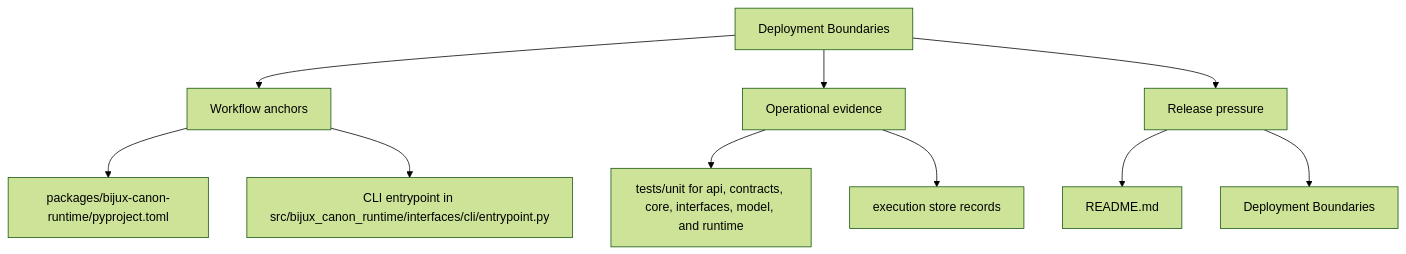
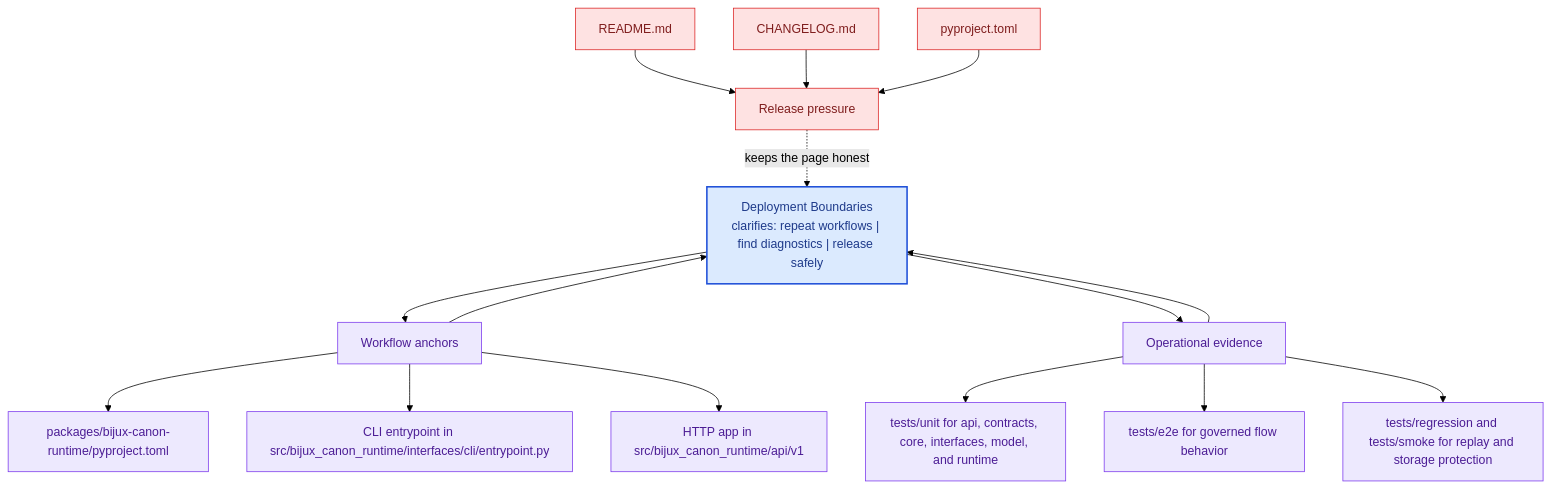
Before and after one commit to bijux/bijux-canon: the second of 2 diagrams in docs/bijux-canon-runtime/operations/deployment-boundaries.md, drawn with Mermaid (forest theme). The commit also changed other lines of this file and 281 other files, not shown here.

Commit message:
docs(diagrams): deepen handbook mermaid maps across the catalog

````diff
--- a/docs/bijux-canon-runtime/operations/deployment-boundaries.md
+++ b/docs/bijux-canon-runtime/operations/deployment-boundaries.md
@@ -34,22 +67,41 @@
 ```mermaid
-flowchart TD
-    page["Deployment Boundaries"]
+flowchart TB
+    promise["Deployment Boundaries<br/>clarifies: repeat workflows | find diagnostics | release safely"]
+    classDef promise fill:#dbeafe,stroke:#1d4ed8,color:#1e3a8a,stroke-width:2px;
+    classDef driver fill:#dcfce7,stroke:#16a34a,color:#14532d;
+    classDef constraint fill:#fee2e2,stroke:#dc2626,color:#7f1d1d;
+    classDef ground fill:#ede9fe,stroke:#7c3aed,color:#4c1d95;
     focus1["Workflow anchors"]
-    page --> focus1
+    focus1 --> promise
+    promise --> focus1
     focus1_1["packages/bijux-canon-runtime/pyproject.toml"]
     focus1 --> focus1_1
     focus1_2["CLI entrypoint in src/bijux_canon_runtime/interfaces/cli/entrypoint.py"]
     focus1 --> focus1_2
+    focus1_3["HTTP app in src/bijux_canon_runtime/api/v1"]
+    focus1 --> focus1_3
+    class focus1 ground;
+    class focus1_1,focus1_2,focus1_3 ground;
     focus2["Operational evidence"]
-    page --> focus2
+    focus2 --> promise
+    promise --> focus2
     focus2_1["tests/unit for api, contracts, core, interfaces, model, and runtime"]
     focus2 --> focus2_1
-    focus2_2["execution store records"]
+    focus2_2["tests/e2e for governed flow behavior"]
     focus2 --> focus2_2
+    focus2_3["tests/regression and tests/smoke for replay and storage protection"]
+    focus2 --> focus2_3
+    class focus2 ground;
+    class focus2_1,focus2_2,focus2_3 ground;
     focus3["Release pressure"]
-    page --> focus3
+    focus3 -.keeps the page honest.-> promise
     focus3_1["README.md"]
-    focus3 --> focus3_1
-    focus3_2["Deployment Boundaries"]
-    focus3 --> focus3_2
+    focus3_1 --> focus3
+    focus3_2["CHANGELOG.md"]
+    focus3_2 --> focus3
+    focus3_3["pyproject.toml"]
+    focus3_3 --> focus3
+    class focus3 constraint;
+    class focus3_1,focus3_2,focus3_3 constraint;
+    class promise promise;
 ```
````
